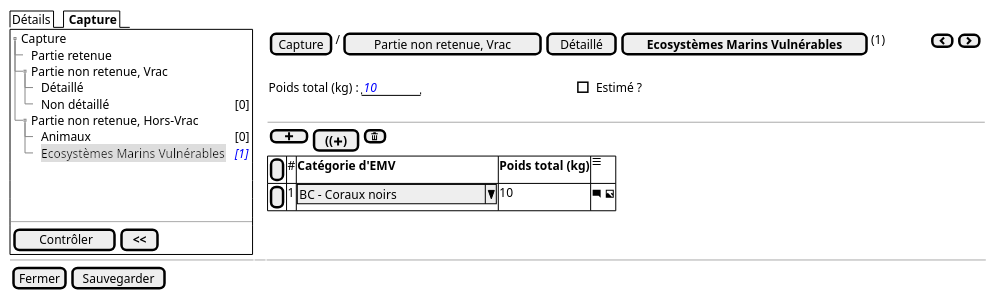
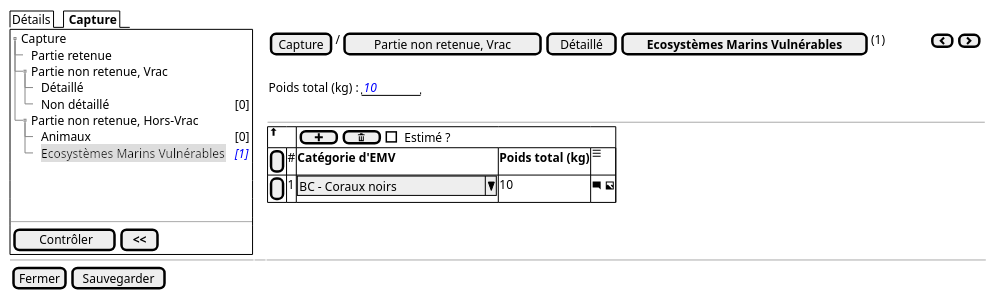
Before and after one commit to sumaris-net/sumaris-doc: the diagram in projects/obsmer/spe/images/batch/batch-tree-PNR-HVRAC-EMV.puml, drawn with PlantUML. The commit also changed 21 other files, not shown here.

```diff
--- a/projects/obsmer/spe/images/batch/batch-tree-PNR-HVRAC-EMV.puml
+++ b/projects/obsmer/spe/images/batch/batch-tree-PNR-HVRAC-EMV.puml
@@ -1,38 +1,38 @@
 @startsalt
 {
   {/ Détails | <b> Capture }
   {+
    {T
        + Capture
        ++ Partie retenue
        ++ Partie non retenue, Vrac
        +++ Détaillé
        +++ Non détaillé | <color:black>[0]
        ++ Partie non retenue, Hors-Vrac
        +++ Animaux | <color:black>[0]
        +++ <back:#DDD>Ecosystèmes Marins Vulnérables | <i><color:blue>[1]
    }
     .
     .
     .
    --
    {
       [<&checkmark> Contrôler] | [ <b><< ]
    }
   } | . | {
     { [Capture] | / | [Partie non retenue, Vrac] | [Détaillé] | [<b>Ecosystèmes Marins Vulnérables] | (1) | . | . | . | . | . | . | . | . | { [<&chevron-left>] | [<&chevron-right>] } }
     .
-    {Poids total (kg) : | "  <i><color:blue>10   " | . | . | . | . | . | . | . | . | . | . | . | . | . | . | . | . | . | . | . | . | . | . | . | . | . | . | . | . | . | [ ] Estimé ? }
+    {Poids total (kg) : | "  <i><color:blue>10   " }
     .
-    ---
-    { [ <&plus> ] | [<b>((<&plus><b>)] | [<&trash>] }
+    --
     {#
+          <&arrow-thick-top> | *  | {[ <&plus> ] | [ <&trash> ] | [ ] Estimé ? } | * | * | * | * | * | * | * | *
           [ ] | # | <b>Catégorie d'EMV  | <b>Poids total (kg)     |   <&menu>
           [ ] | 1 | ^BC - Coraux noirs      ^ |  10    | <&comment-square> <&image>
         }
   }
 
   -- | -- | --
   { [Fermer] | [Sauvegarder] }
 }
 @endsalt
```
